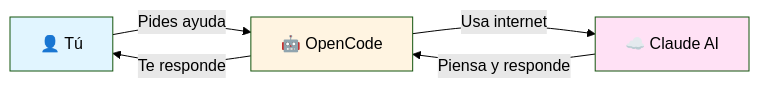
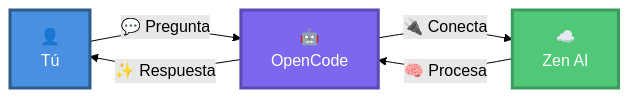
One commit to Ai-Whisperers/Courses-Content changed the first of 12 diagrams in courses/🟡-development/FPUNA-2026/00-FUNDAMENTOS-PRINCIPALES/01-configuracion-stack-ia.md. Above: the diagram before and after it, drawn with Mermaid (forest theme). The commit also changed other lines of this file, not shown here.

First line of the commit message:
Replace Claude/Anthropic with OpenCode+Zen and improve all Mermaid diagrams

````diff
--- a/courses/🟡-development/FPUNA-2026/00-FUNDAMENTOS-PRINCIPALES/01-configuracion-stack-ia.md
+++ b/courses/🟡-development/FPUNA-2026/00-FUNDAMENTOS-PRINCIPALES/01-configuracion-stack-ia.md
@@ -37,11 +37,11 @@
 ```mermaid
 graph LR
-    A[👤 Tú] -->|Pides ayuda| B[🤖 OpenCode]
-    B -->|Te responde| A
-    B -->|Usa internet| C[☁️ Claude AI]
-    C -->|Piensa y responde| B
+    A["👤<br/>Tú"] -->|"💬 Pregunta"| B["🤖<br/>OpenCode"]
+    B -->|"✨ Respuesta"| A
+    B -->|"🔌 Conecta"| C["☁️<br/>Zen AI"]
+    C -->|"🧠 Procesa"| B
     
-    style A fill:#e1f5ff
-    style B fill:#fff4e1
-    style C fill:#ffe1f5
+    style A fill:#4A90E2,stroke:#2E5C8A,stroke-width:3px,color:#fff
+    style B fill:#7B68EE,stroke:#5A4BB5,stroke-width:3px,color:#fff
+    style C fill:#50C878,stroke:#3A9B5C,stroke-width:3px,color:#fff
 ```
````
